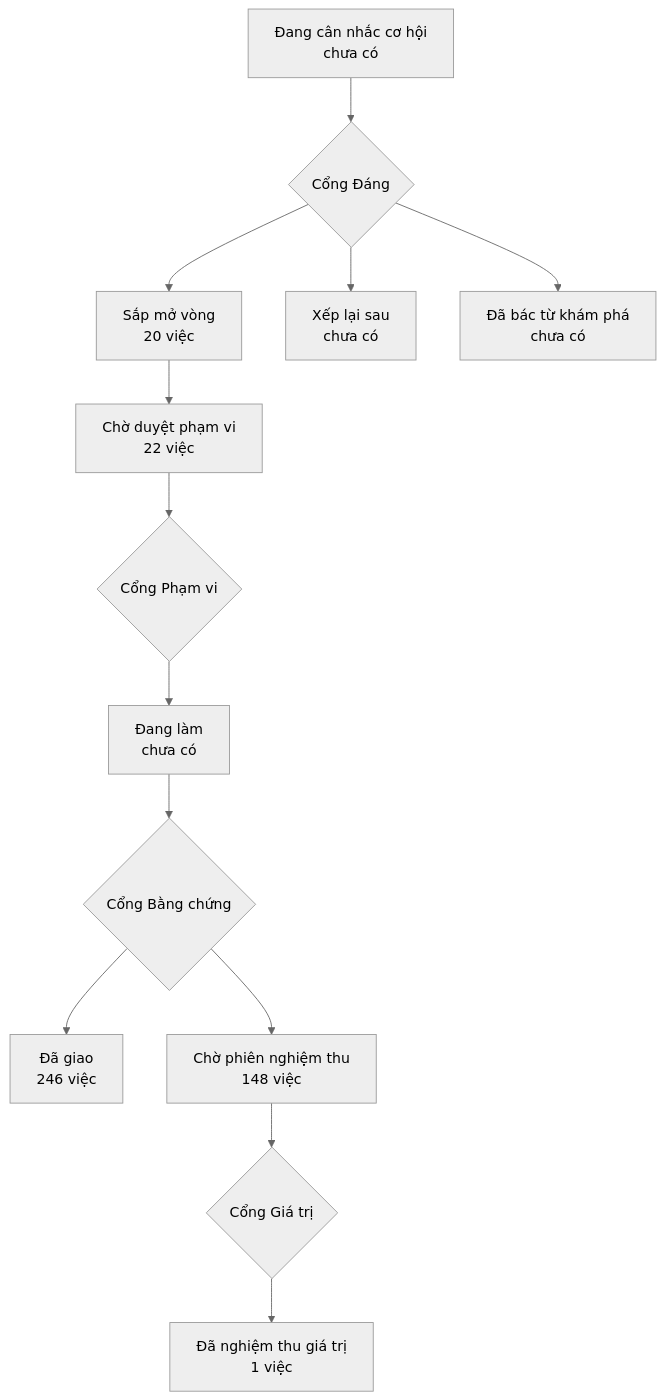
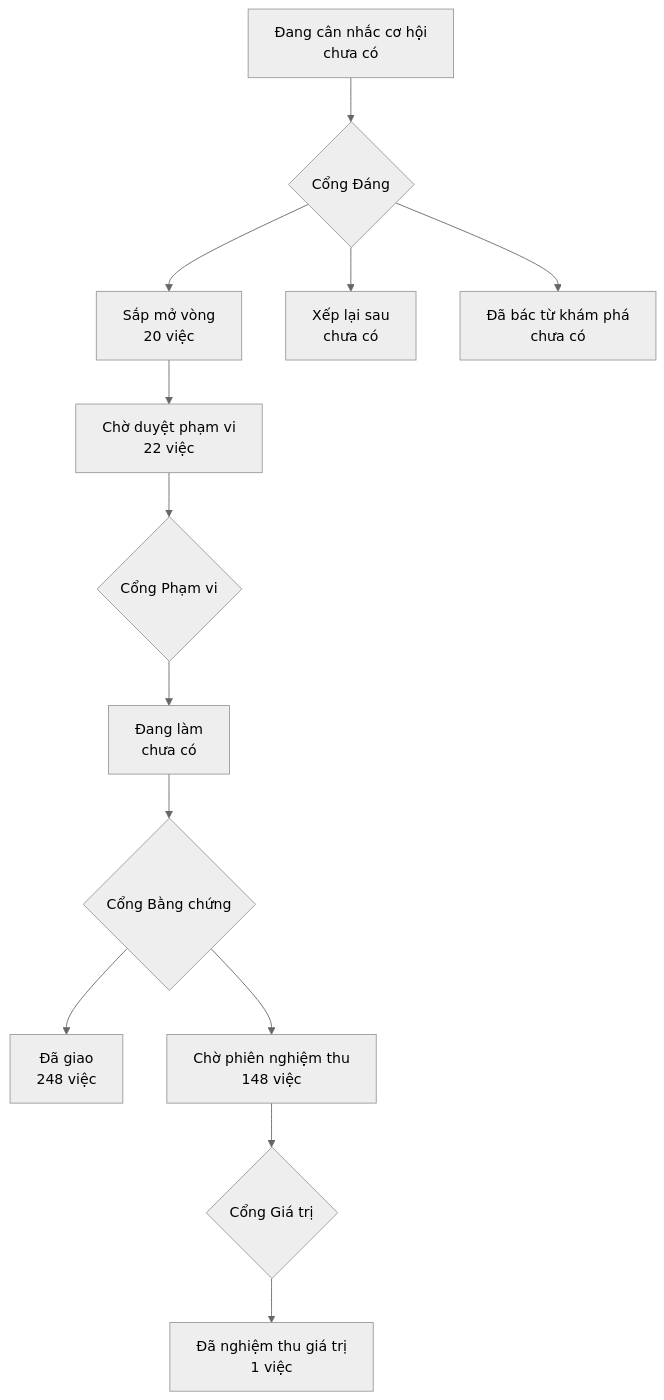
One commit to phanlemanh/onehub-invest changed the diagram in PRODUCT-MAP.md. Above: the diagram before and after it, drawn with Mermaid (neutral theme). The commit also changed other lines of this file and 1 other file, not shown here.

Commit message:
chore: vẽ lại bản đồ sau khi gộp main

````diff
--- a/PRODUCT-MAP.md
+++ b/PRODUCT-MAP.md
@@ -7,12 +7,12 @@
 ```mermaid
 flowchart TD
   A["Đang cân nhắc cơ hội<br/>chưa có"] --> GD{"Cổng Đáng"}
   GD --> B["Sắp mở vòng<br/>20 việc"]
   GD --> XL["Xếp lại sau<br/>chưa có"]
   GD --> DB["Đã bác từ khám phá<br/>chưa có"]
   B --> CD["Chờ duyệt phạm vi<br/>22 việc"] --> GP{"Cổng Phạm vi"}
   GP --> DL["Đang làm<br/>chưa có"] --> GB{"Cổng Bằng chứng"}
-  GB --> DG["Đã giao<br/>246 việc"]
+  GB --> DG["Đã giao<br/>248 việc"]
   GB --> CN["Chờ phiên nghiệm thu<br/>148 việc"] --> GG{"Cổng Giá trị"}
   GG --> NT["Đã nghiệm thu giá trị<br/>1 việc"]
 ```
````
